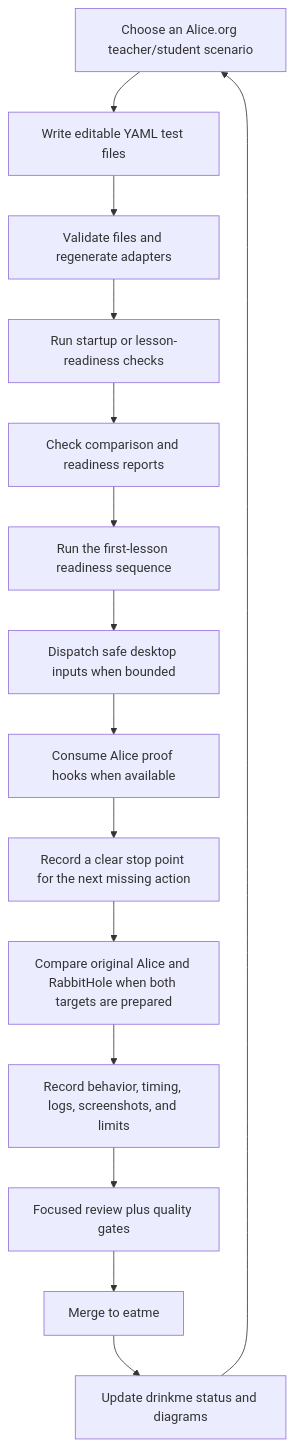
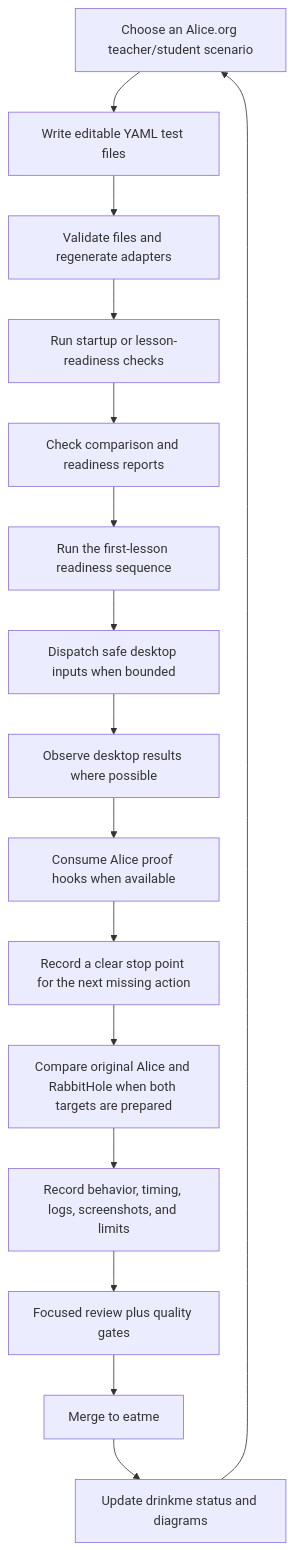
The sixth of 6 diagrams in README.md (rysweet/drinkme), drawn with Mermaid before and after one commit. The commit also changed other lines of this file and 2 other files, not shown here.

````diff
--- a/README.md
+++ b/README.md
@@ -133,17 +133,18 @@
 ```mermaid
 flowchart TD
   A["Choose an Alice.org teacher/student scenario"] --> Y["Write editable YAML test files"]
   Y --> G["Validate files and regenerate adapters"]
   G --> H["Run startup or lesson-readiness checks"]
   H --> L["Check comparison and readiness reports"]
   L --> Q["Run the first-lesson readiness sequence"]
   Q --> D["Dispatch safe desktop inputs when bounded"]
-  D --> O["Consume Alice proof hooks when available"]
+  D --> W["Observe desktop results where possible"]
+  W --> O["Consume Alice proof hooks when available"]
   O --> N["Record a clear stop point for the next missing action"]
   N --> C["Compare original Alice and RabbitHole when both targets are prepared"]
   C --> B["Record behavior, timing, logs, screenshots, and limits"]
   B --> R["Focused review plus quality gates"]
   R --> M["Merge to eatme"]
   M --> S["Update drinkme status and diagrams"]
   S --> A
 ```
````
